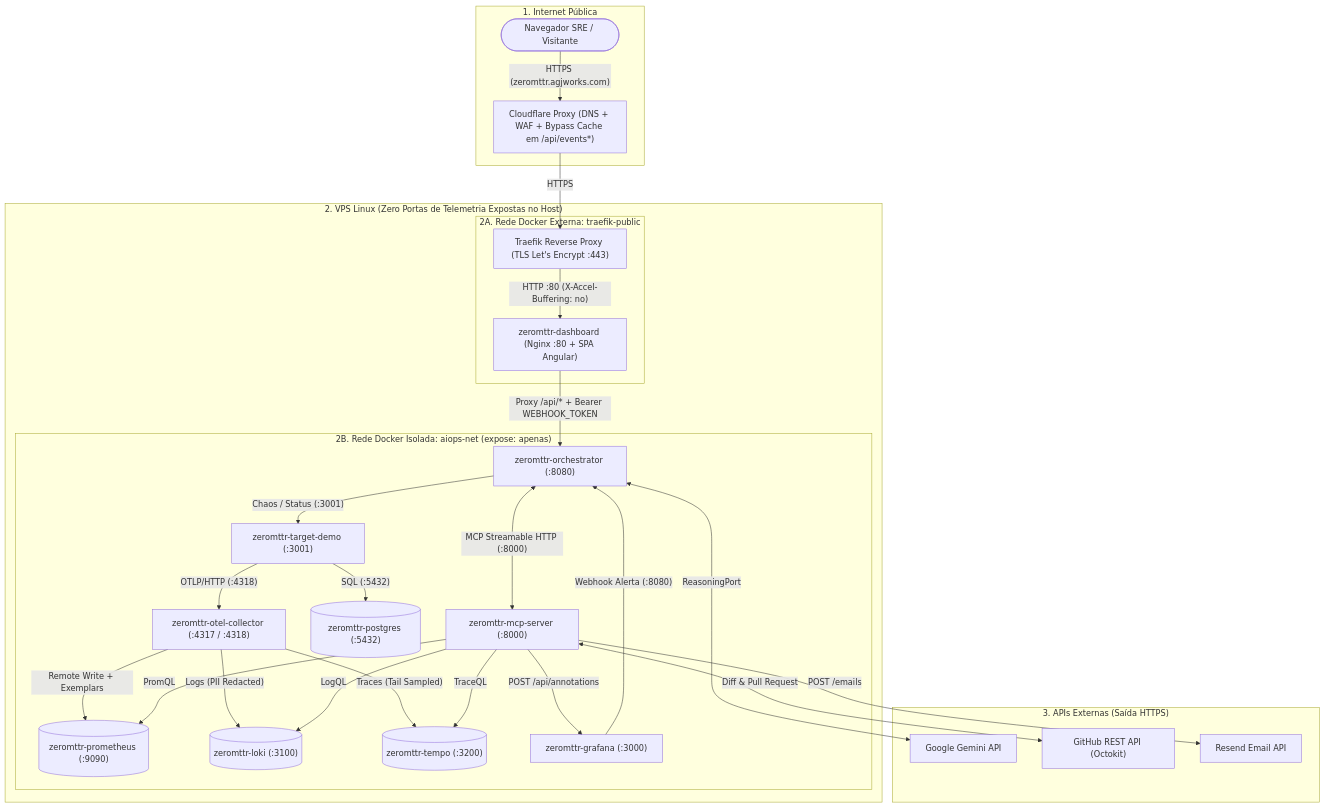
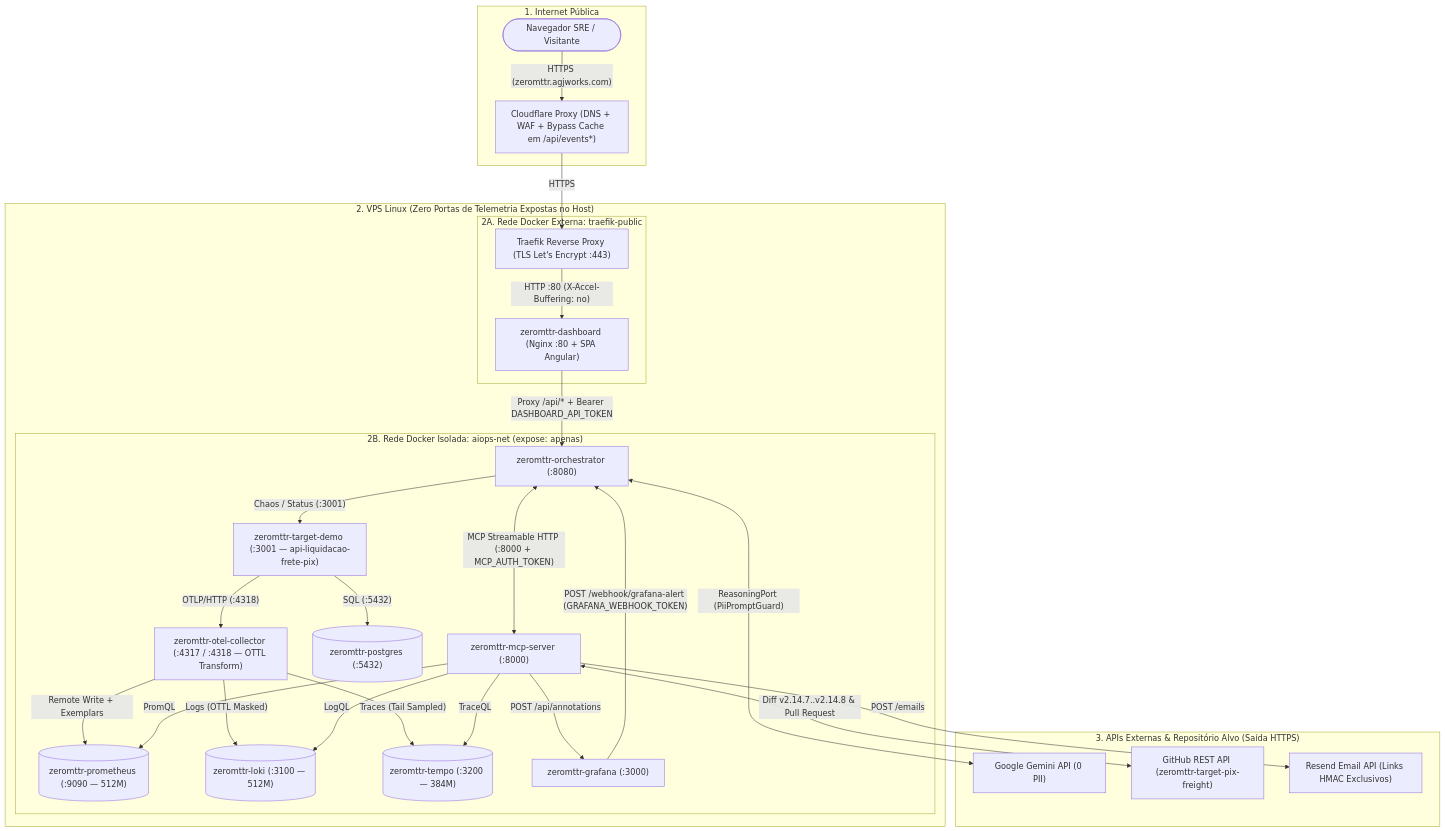
One commit to AdmilsonGoncalves/zeromttr changed the sixth of 6 diagrams in docs/pt-BR/01_system_diagrams.md. Above: the diagram before and after it, drawn with Mermaid. The commit also changed other lines of this file and 10 other files, not shown here.

Commit message:
docs: refine architecture v0.3 for Logistics PIX track, HMAC email isolation, OTTL PII masking, and dedicated target repo

````diff
--- a/docs/pt-BR/01_system_diagrams.md
+++ b/docs/pt-BR/01_system_diagrams.md
@@ -433,56 +456,56 @@
 ```mermaid
 flowchart TD
     subgraph Internet["1. Internet Pública"]
         USER(["Navegador SRE / Visitante"])
         CF["Cloudflare Proxy (DNS + WAF + Bypass Cache em /api/events*)"]
     end
 
     subgraph VPS["2. VPS Linux (Zero Portas de Telemetria Expostas no Host)"]
         subgraph Rede_Externa["2A. Rede Docker Externa: traefik-public"]
             TRAEFIK["Traefik Reverse Proxy (TLS Let's Encrypt :443)"]
             DASH["zeromttr-dashboard (Nginx :80 + SPA Angular)"]
         end
 
         subgraph Rede_Interna["2B. Rede Docker Isolada: aiops-net (expose: apenas)"]
             ORCH["zeromttr-orchestrator (:8080)"]
             MCP["zeromttr-mcp-server (:8000)"]
-            DEMO["zeromttr-target-demo (:3001)"]
+            DEMO["zeromttr-target-demo (:3001 — api-liquidacao-frete-pix)"]
             PG[("zeromttr-postgres (:5432)")]
-            OTEL["zeromttr-otel-collector (:4317 / :4318)"]
-            PROM[("zeromttr-prometheus (:9090)")]
-            LOKI[("zeromttr-loki (:3100)")]
-            TEMPO[("zeromttr-tempo (:3200)")]
+            OTEL["zeromttr-otel-collector (:4317 / :4318 — OTTL Transform)"]
+            PROM[("zeromttr-prometheus (:9090 — 512M)")]
+            LOKI[("zeromttr-loki (:3100 — 512M)")]
+            TEMPO[("zeromttr-tempo (:3200 — 384M)")]
             GRAF["zeromttr-grafana (:3000)"]
         end
     end
 
-    subgraph Cloud_APIs["3. APIs Externas (Saída HTTPS)"]
-        GEMINI["Google Gemini API"]
-        GITHUB["GitHub REST API (Octokit)"]
-        RESEND["Resend Email API"]
+    subgraph Cloud_APIs["3. APIs Externas & Repositório Alvo (Saída HTTPS)"]
+        GEMINI["Google Gemini API (0 PII)"]
+        GITHUB["GitHub REST API (zeromttr-target-pix-freight)"]
+        RESEND["Resend Email API (Links HMAC Exclusivos)"]
     end
 
     USER -->|"HTTPS (zeromttr.agjworks.com)"| CF
     CF -->|"HTTPS"| TRAEFIK
     TRAEFIK -->|"HTTP :80 (X-Accel-Buffering: no)"| DASH
-    DASH -->|"Proxy /api/* + Bearer WEBHOOK_TOKEN"| ORCH
+    DASH -->|"Proxy /api/* + Bearer DASHBOARD_API_TOKEN"| ORCH
 
-    ORCH <-->|"MCP Streamable HTTP (:8000)"| MCP
+    ORCH <-->|"MCP Streamable HTTP (:8000 + MCP_AUTH_TOKEN)"| MCP
     ORCH -->|"Chaos / Status (:3001)"| DEMO
-    ORCH <-->|"ReasoningPort"| GEMINI
-    GRAF -->|"Webhook Alerta (:8080)"| ORCH
+    ORCH <-->|"ReasoningPort (PiiPromptGuard)"| GEMINI
+    GRAF -->|"POST /webhook/grafana-alert (GRAFANA_WEBHOOK_TOKEN)"| ORCH
 
     DEMO -->|"SQL (:5432)"| PG
     DEMO -->|"OTLP/HTTP (:4318)"| OTEL
 
     OTEL -->|"Remote Write + Exemplars"| PROM
-    OTEL -->|"Logs (PII Redacted)"| LOKI
+    OTEL -->|"Logs (OTTL Masked)"| LOKI
     OTEL -->|"Traces (Tail Sampled)"| TEMPO
 
     MCP -->|"PromQL"| PROM
     MCP -->|"LogQL"| LOKI
     MCP -->|"TraceQL"| TEMPO
     MCP -->|"POST /api/annotations"| GRAF
-    MCP <-->|"Diff & Pull Request"| GITHUB
+    MCP <-->|"Diff v2.14.7..v2.14.8 & Pull Request"| GITHUB
     MCP -->|"POST /emails"| RESEND
 ```
````
